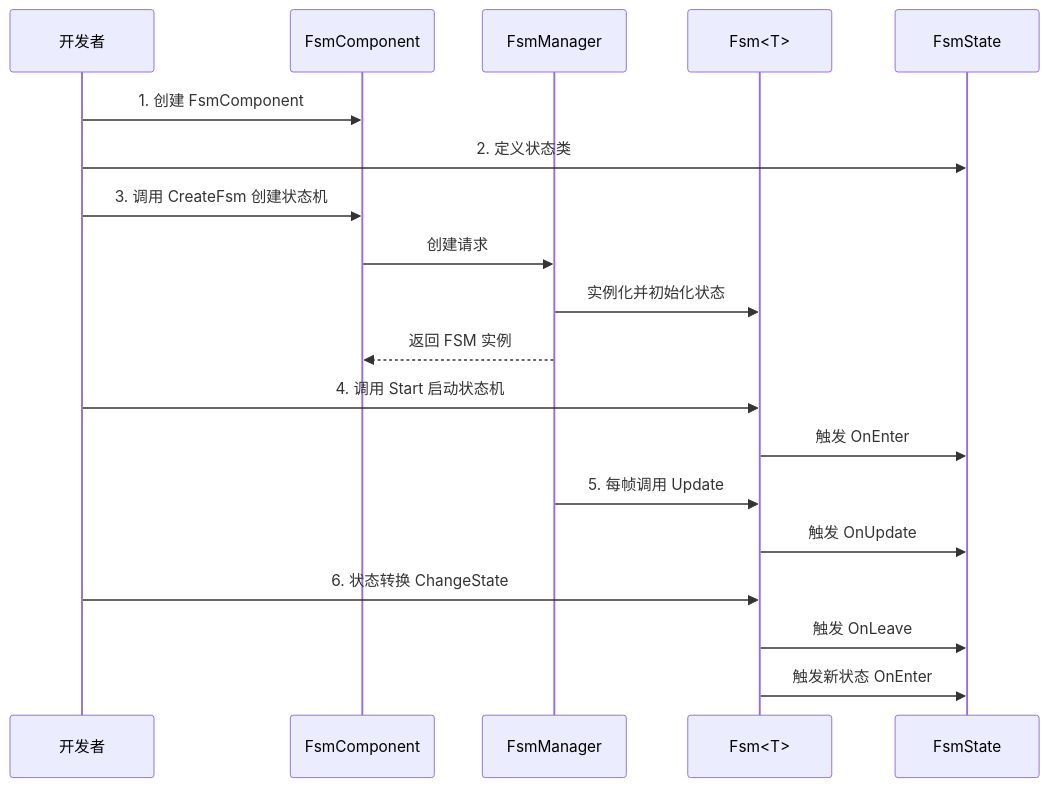
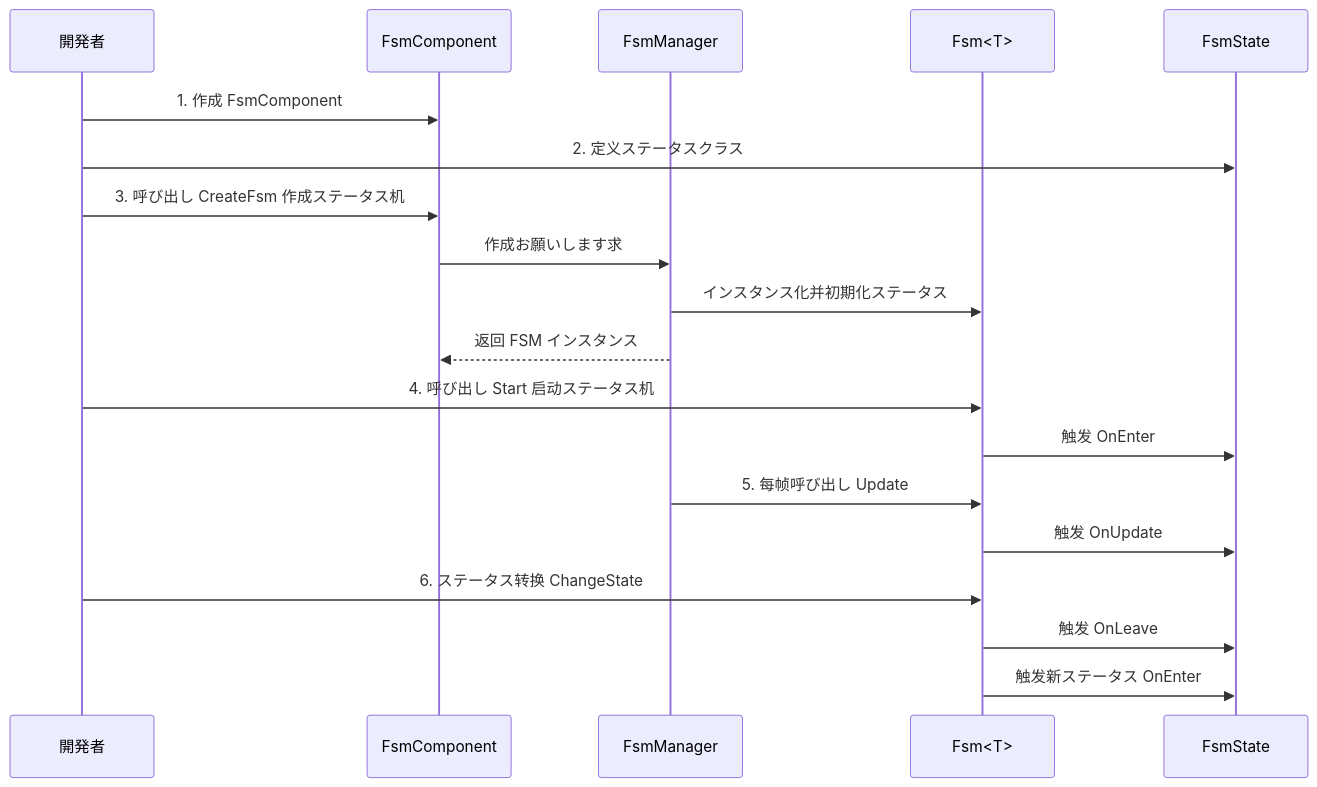
Before and after one commit to AlianBlank/GameFrameX.Docs: the second of 2 diagrams in docs/ja/client/unity/component/fsm/03.getting-started.md, drawn with Mermaid. The commit also changed other lines of this file and 603 other files, not shown here.

````diff
--- a/docs/ja/client/unity/component/fsm/03.getting-started.md
+++ b/docs/ja/client/unity/component/fsm/03.getting-started.md
@@ -67,22 +67,22 @@
 ```mermaid
 sequenceDiagram
-    participant Dev as 开发者
+    participant Dev as 開発者
     participant GC as FsmComponent
     participant FM as FsmManager
     participant FSM as Fsm<T>
     participant State as FsmState
 
-    Dev->>GC: 1. 创建 FsmComponent
-    Dev->>State: 2. 定义状态类
-    Dev->>GC: 3. 调用 CreateFsm 创建状态机
-    GC->>FM: 创建请求
-    FM->>FSM: 实例化并初始化状态
-    FM-->>GC: 返回 FSM 实例
-    Dev->>FSM: 4. 调用 Start 启动状态机
+    Dev->>GC: 1. 作成 FsmComponent
+    Dev->>State: 2. 定义ステータスクラス
+    Dev->>GC: 3. 呼び出し CreateFsm 作成ステータス机
+    GC->>FM: 作成お願いします求
+    FM->>FSM: インスタンス化并初期化ステータス
+    FM-->>GC: 返回 FSM インスタンス
+    Dev->>FSM: 4. 呼び出し Start 启动ステータス机
     FSM->>State: 触发 OnEnter
-    FM->>FSM: 5. 每帧调用 Update
+    FM->>FSM: 5. 每帧呼び出し Update
     FSM->>State: 触发 OnUpdate
-    Dev->>FSM: 6. 状态转换 ChangeState
+    Dev->>FSM: 6. ステータス转换 ChangeState
     FSM->>State: 触发 OnLeave
-    FSM->>State: 触发新状态 OnEnter
+    FSM->>State: 触发新ステータス OnEnter
 ```
````
